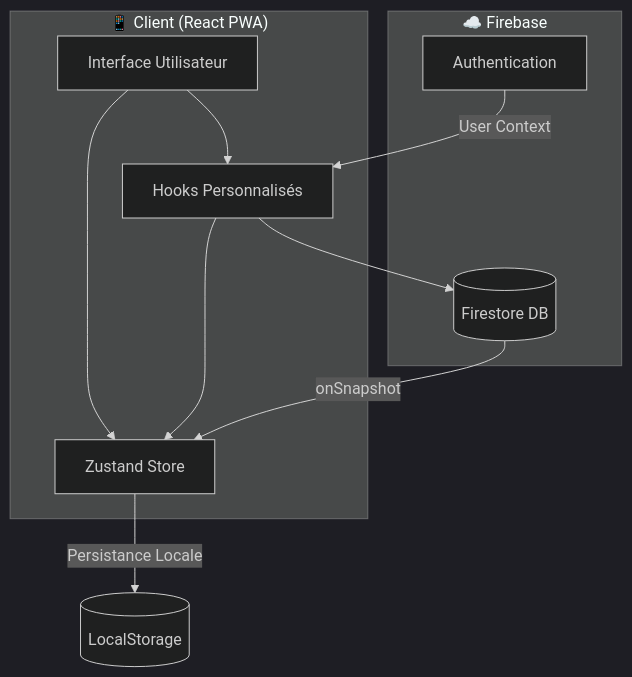
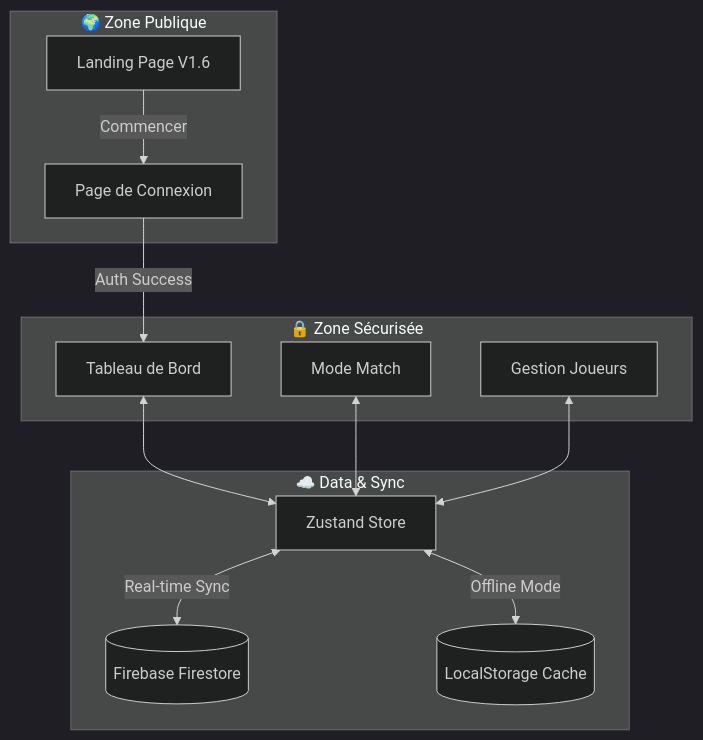
The diagram in README.md (nickdesi/basketball-stats), drawn with Mermaid (dark theme) before and after one commit. The commit also changed other lines of this file, not shown here.

Commit message:
docs: Architecture & V1.6 Features update

````diff
--- a/README.md
+++ b/README.md
@@ -79,21 +86,29 @@
 ```mermaid
-graph TB
-    subgraph Client["📱 Client (React PWA)"]
-        UI[Interface Utilisateur]
-        Store[Zustand Store]
-        Hooks[Hooks Personnalisés]
+graph TD
+    subgraph Public ["🌍 Zone Publique"]
+        Landing[Landing Page V1.6]
+        Login[Page de Connexion]
     end
 
-    subgraph Firebase["☁️ Firebase"]
-        Auth[Authentication]
-        Firestore[(Firestore DB)]
+    subgraph Secured ["🔒 Zone Sécurisée"]
+        Dashboard[Tableau de Bord]
+        Recorder[Mode Match]
+        Players[Gestion Joueurs]
     end
 
-    UI --> Store
-    UI --> Hooks
-    Hooks --> Store
-    Hooks --> Firestore
-    Store --> |"Persistance Locale"| LocalStorage[(LocalStorage)]
-    Firestore --> |"onSnapshot"| Store
-    Auth --> |"User Context"| Hooks
+    subgraph Data ["☁️ Data & Sync"]
+        Store[Zustand Store]
+        Firebase[(Firebase Firestore)]
+        Cache[(LocalStorage Cache)]
+    end
+
+    Landing --> |"Commencer"| Login
+    Login --> |"Auth Success"| Dashboard
+    
+    Dashboard <--> Store
+    Recorder <--> Store
+    Players <--> Store
+
+    Store <--> |"Real-time Sync"| Firebase
+    Store <--> |"Offline Mode"| Cache
 ```
````
